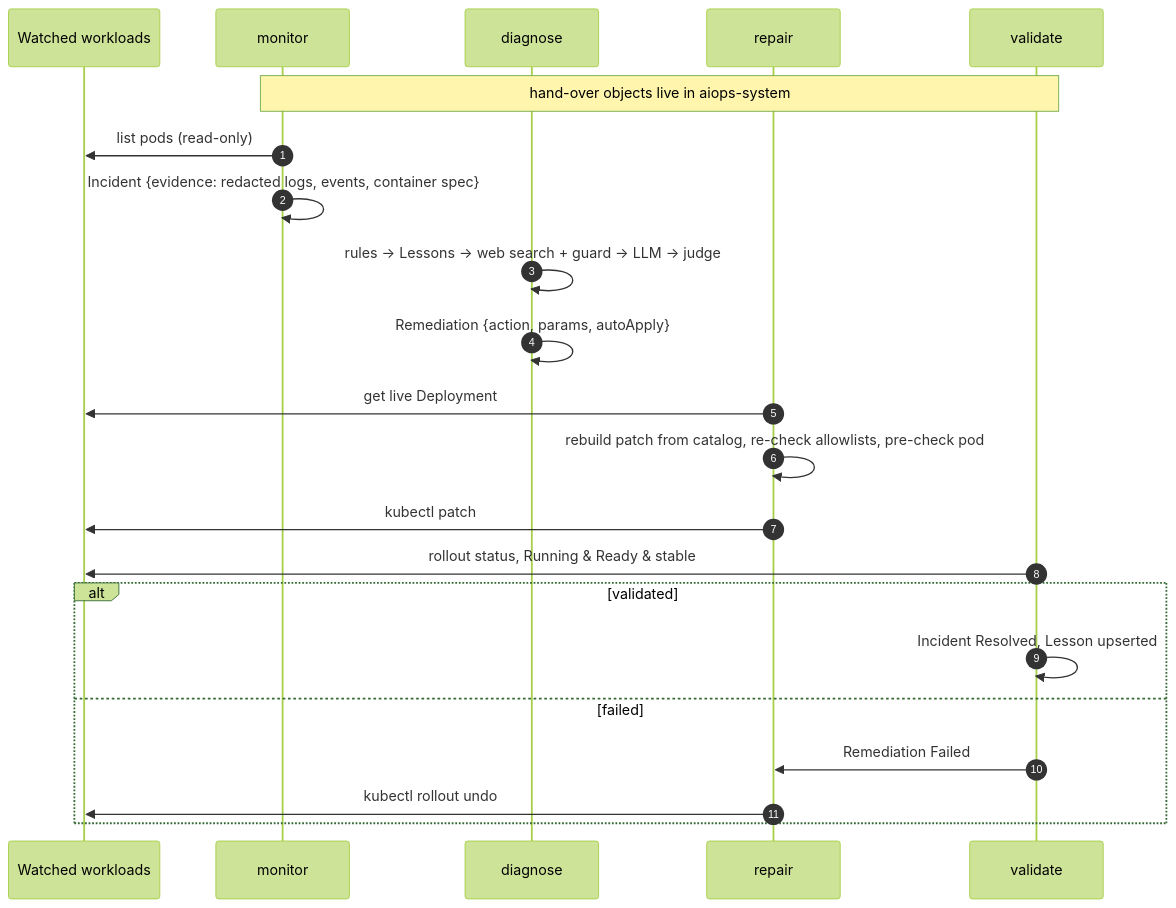
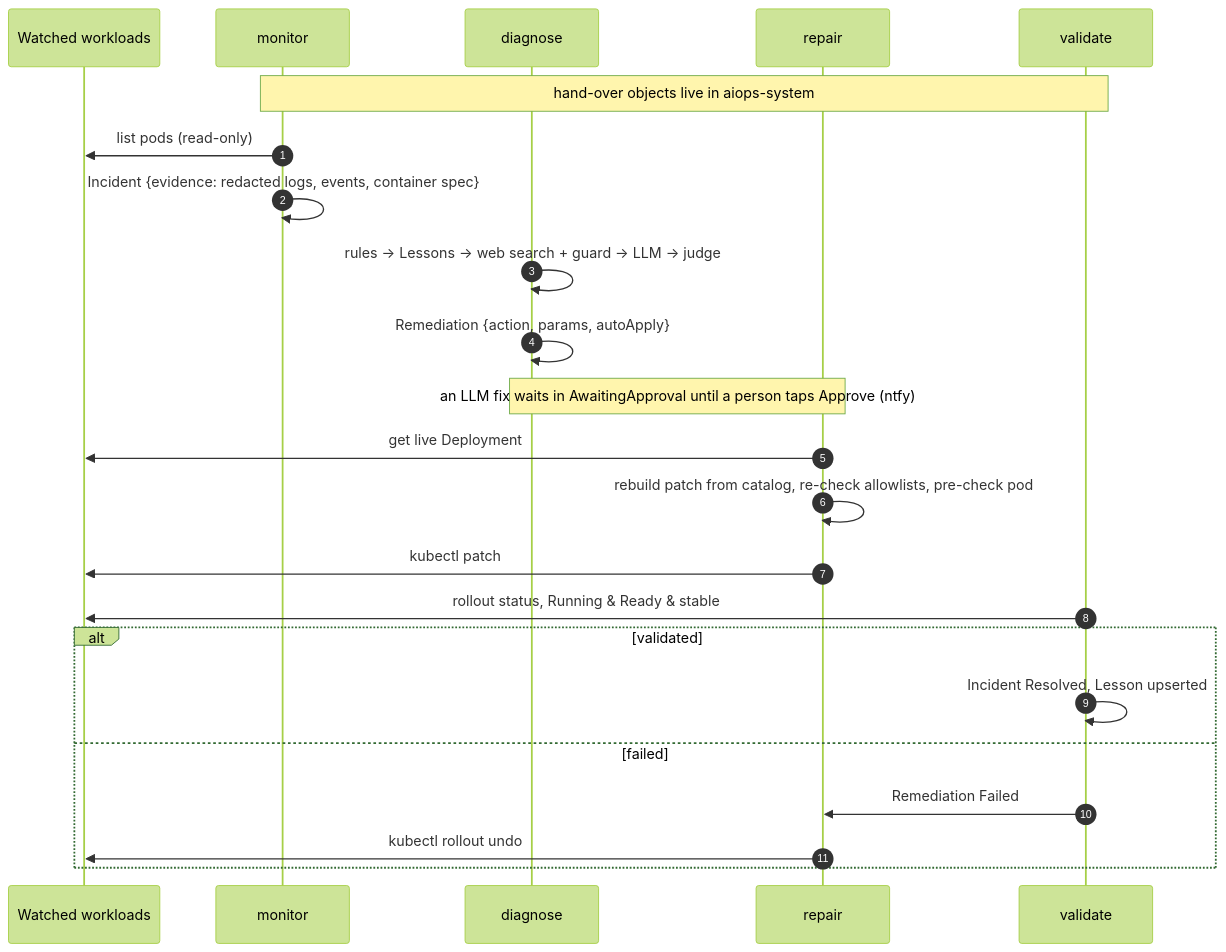
One commit to KJLavender/AIOps-v2 changed the diagram in README.md. Above: the diagram before and after it, drawn with Mermaid (forest theme). The commit also changed other lines of this file and 19 other files, not shown here.

First line of the commit message:
Human approval for LLM fixes; record every fix's scores and result as an Outcome

````diff
--- a/README.md
+++ b/README.md
@@ -26,24 +28,25 @@
 ```mermaid
 sequenceDiagram
     autonumber
     participant K as Watched workloads
     participant M as monitor
     participant D as diagnose
     participant R as repair
     participant V as validate
     Note over M,V: hand-over objects live in aiops-system
     M->>K: list pods (read-only)
     M->>M: Incident {evidence: redacted logs, events, container spec}
     D->>D: rules → Lessons → web search + guard → LLM → judge
     D->>D: Remediation {action, params, autoApply}
+    Note over D,R: an LLM fix waits in AwaitingApproval until a person taps Approve (ntfy)
     R->>K: get live Deployment
     R->>R: rebuild patch from catalog, re-check allowlists, pre-check pod
     R->>K: kubectl patch
     V->>K: rollout status, Running & Ready & stable
     alt validated
         V->>V: Incident Resolved, Lesson upserted
     else failed
         V->>R: Remediation Failed
         R->>K: kubectl rollout undo
     end
 ```
````
